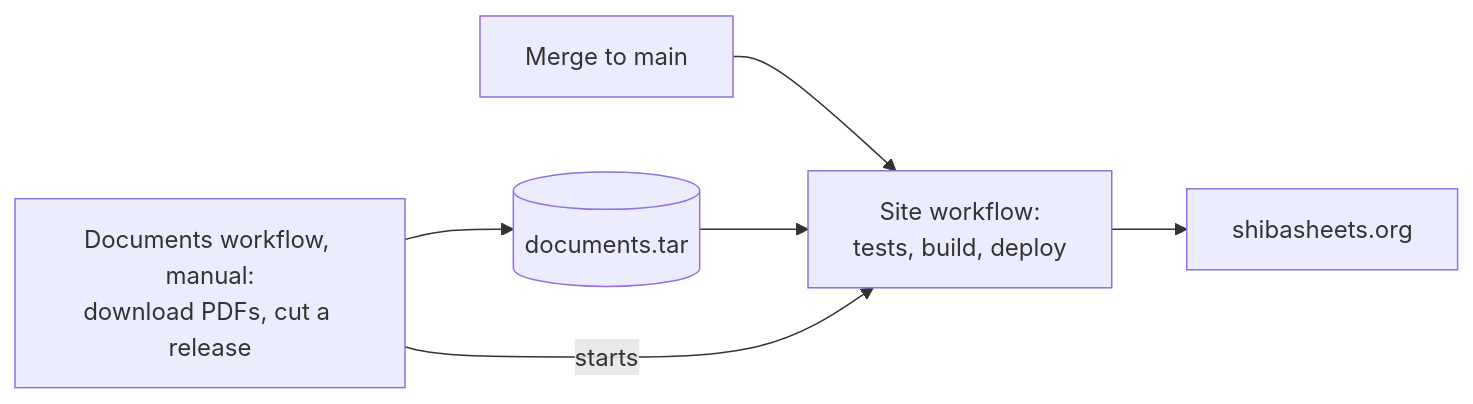
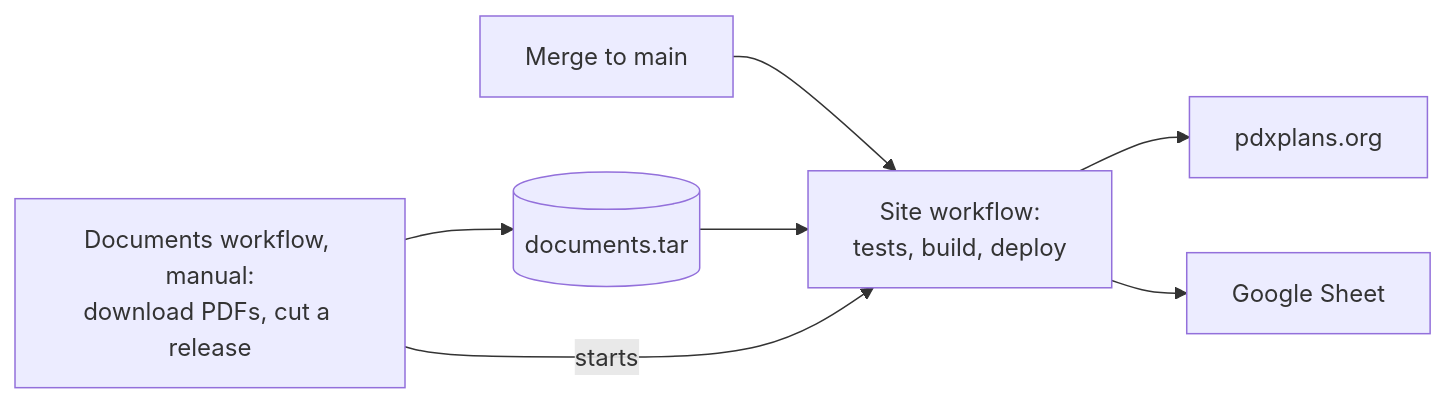
The tenth of 10 diagrams in docs/pipeline-slides.md (rosenhouse-bot-sandbox/shiba-data), drawn with Mermaid before and after one commit. The commit also changed other lines of this file and 2 other files, not shown here.

First line of the commit message:
Describe the Cloudflare Worker and live Google Sheet in the docs

````diff
--- a/docs/pipeline-slides.md
+++ b/docs/pipeline-slides.md
@@ -267,8 +267,9 @@
 ```mermaid
 flowchart LR
   merge[Merge to main] --> site[Site workflow:<br>tests, build, deploy]
   docwf[Documents workflow, manual:<br>download PDFs, cut a release] --> tar[(documents.tar)]
   tar --> site
   docwf -- starts --> site
-  site --> pages[shibasheets.org]
+  site --> worker[pdxplans.org]
+  site --> sheet[Google Sheet]
 ```
````
